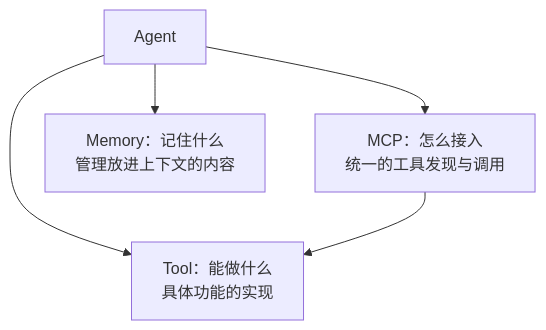
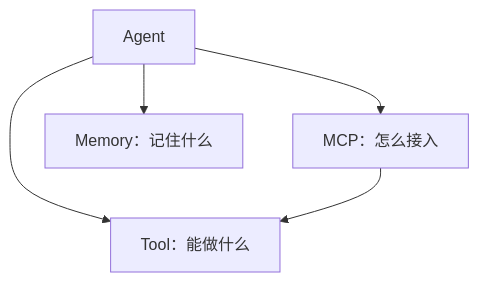
The diagram in docs/ch05/README.md (PlutoKeating/Project.plusOne), drawn with Mermaid before and after one commit. The commit also changed other lines of this file and 3 other files, not shown here.

First line of the commit message:
docs(ch05): Tool/MCP/Memory with supply-standard and order-clip analogies

````diff
--- a/docs/ch05/README.md
+++ b/docs/ch05/README.md
@@ -115,8 +160,8 @@
 ```mermaid
 flowchart TB
     Agent["Agent"]
-    Agent --> Tool["Tool：能做什么<br/>具体功能的实现"]
-    Agent --> MCP["MCP：怎么接入<br/>统一的工具发现与调用"]
-    Agent --> Memory["Memory：记住什么<br/>管理放进上下文的内容"]
+    Agent --> Tool["Tool：能做什么"]
+    Agent --> MCP["MCP：怎么接入"]
+    Agent --> Memory["Memory：记住什么"]
     MCP --> Tool
 ```
````
